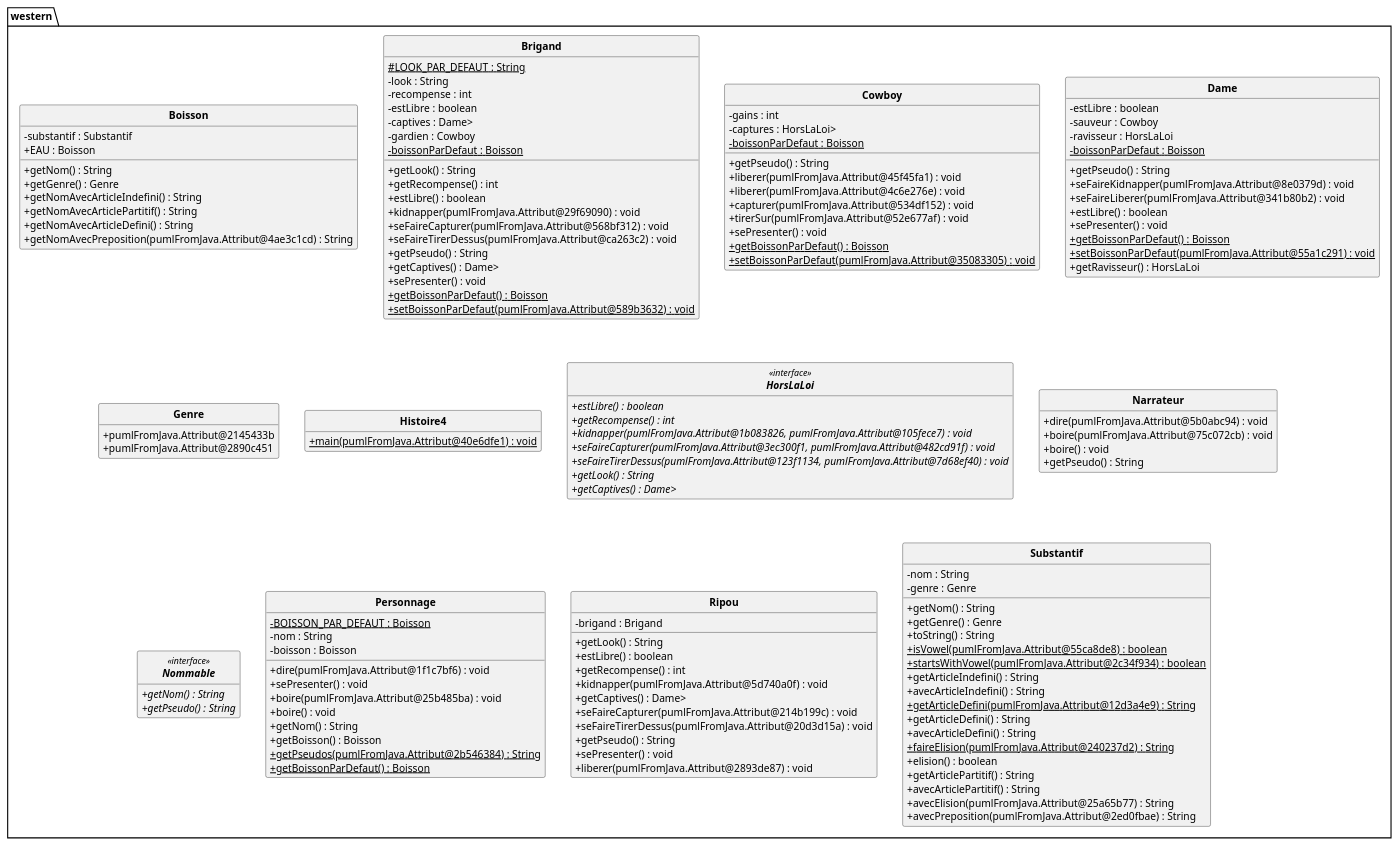
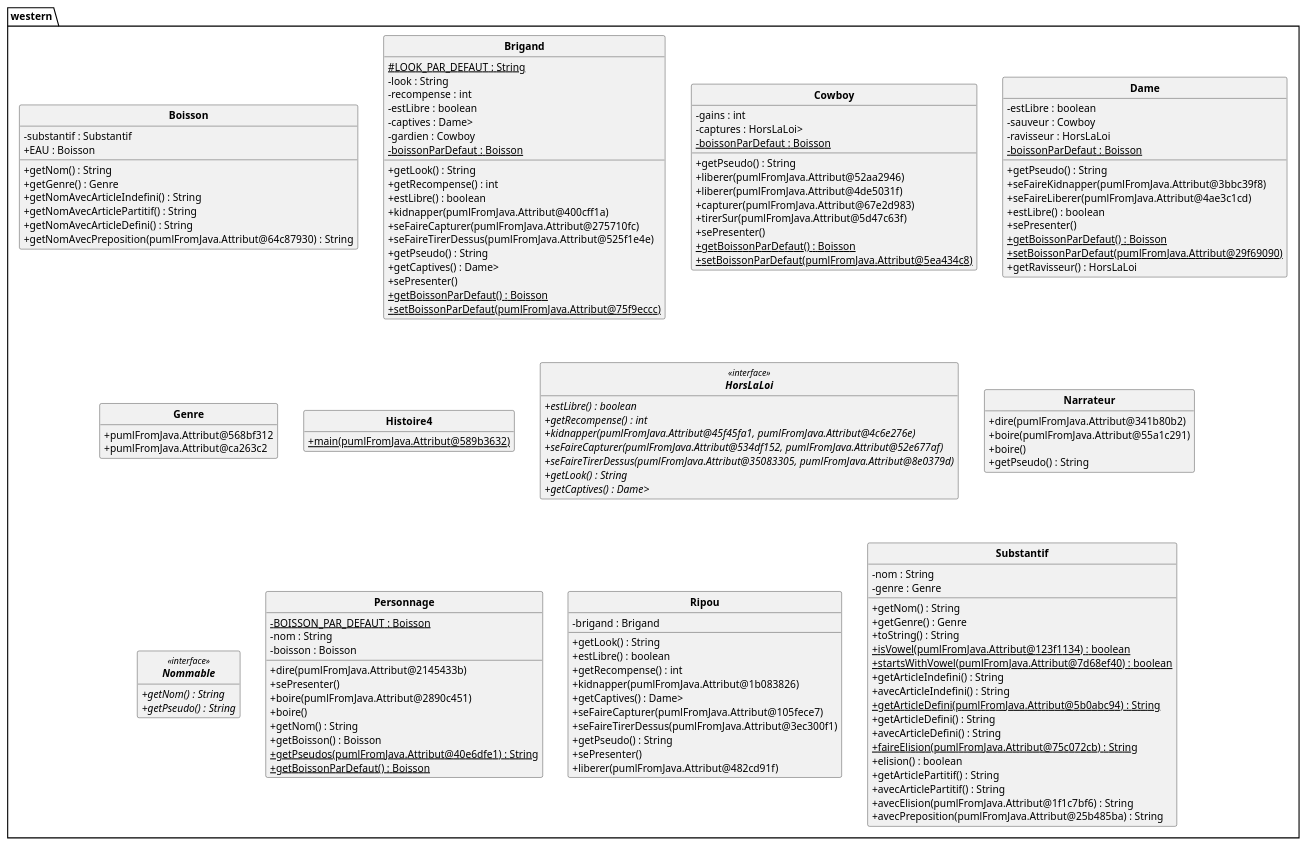
One commit to DimToups/Java-to-PUML-converter changed the diagram in out/production/p21_projet/pumlFromJava/westernClass.puml. Above: the diagram before and after it, drawn with PlantUML. The commit also changed 4 other files, not shown here.

```diff
--- a/out/production/p21_projet/pumlFromJava/westernClass.puml
+++ b/out/production/p21_projet/pumlFromJava/westernClass.puml
@@ -1,153 +1,153 @@
 @startuml
 'https://plantuml.com/class-diagram
 skinparam style strictuml
 skinparam classAttributeIconSize 0
 skinparam classFontStyle Bold
 
 hide empty members
 
 package western{
 class Boisson{
 - substantif : Substantif
 + EAU : Boisson
 + getNom() : String
 + getGenre() : Genre
 + getNomAvecArticleIndefini() : String
 + getNomAvecArticlePartitif() : String
 + getNomAvecArticleDefini() : String
-+ getNomAvecPreposition(pumlFromJava.Attribut@4ae3c1cd) : String
++ getNomAvecPreposition(pumlFromJava.Attribut@64c87930) : String
 }
 
 class Brigand{
 # LOOK_PAR_DEFAUT : String {static}
 - look : String
 - recompense : int
 - estLibre : boolean
 - captives : Dame>
 - gardien : Cowboy
 - boissonParDefaut : Boisson {static}
 + getLook() : String
 + getRecompense() : int
 + estLibre() : boolean
-+ kidnapper(pumlFromJava.Attribut@29f69090) : void
-+ seFaireCapturer(pumlFromJava.Attribut@568bf312) : void
-+ seFaireTirerDessus(pumlFromJava.Attribut@ca263c2) : void
++ kidnapper(pumlFromJava.Attribut@400cff1a)
++ seFaireCapturer(pumlFromJava.Attribut@275710fc)
++ seFaireTirerDessus(pumlFromJava.Attribut@525f1e4e)
 + getPseudo() : String
 + getCaptives() : Dame>
-+ sePresenter() : void
++ sePresenter()
 + getBoissonParDefaut() {static} : Boisson
-+ setBoissonParDefaut(pumlFromJava.Attribut@589b3632) {static} : void
++ setBoissonParDefaut(pumlFromJava.Attribut@75f9eccc) {static}
 }
 
 class Cowboy{
 - gains : int
 - captures : HorsLaLoi>
 - boissonParDefaut : Boisson {static}
 + getPseudo() : String
-+ liberer(pumlFromJava.Attribut@45f45fa1) : void
-+ liberer(pumlFromJava.Attribut@4c6e276e) : void
-+ capturer(pumlFromJava.Attribut@534df152) : void
-+ tirerSur(pumlFromJava.Attribut@52e677af) : void
-+ sePresenter() : void
++ liberer(pumlFromJava.Attribut@52aa2946)
++ liberer(pumlFromJava.Attribut@4de5031f)
++ capturer(pumlFromJava.Attribut@67e2d983)
++ tirerSur(pumlFromJava.Attribut@5d47c63f)
++ sePresenter()
 + getBoissonParDefaut() {static} : Boisson
-+ setBoissonParDefaut(pumlFromJava.Attribut@35083305) {static} : void
++ setBoissonParDefaut(pumlFromJava.Attribut@5ea434c8) {static}
 }
 
 class Dame{
 - estLibre : boolean
 - sauveur : Cowboy
 - ravisseur : HorsLaLoi
 - boissonParDefaut : Boisson {static}
 + getPseudo() : String
-+ seFaireKidnapper(pumlFromJava.Attribut@8e0379d) : void
-+ seFaireLiberer(pumlFromJava.Attribut@341b80b2) : void
++ seFaireKidnapper(pumlFromJava.Attribut@3bbc39f8)
++ seFaireLiberer(pumlFromJava.Attribut@4ae3c1cd)
 + estLibre() : boolean
-+ sePresenter() : void
++ sePresenter()
 + getBoissonParDefaut() {static} : Boisson
-+ setBoissonParDefaut(pumlFromJava.Attribut@55a1c291) {static} : void
++ setBoissonParDefaut(pumlFromJava.Attribut@29f69090) {static}
 + getRavisseur() : HorsLaLoi
 }
 
 class Genre{
-+ pumlFromJava.Attribut@2145433b
-+ pumlFromJava.Attribut@2890c451
++ pumlFromJava.Attribut@568bf312
++ pumlFromJava.Attribut@ca263c2
 }
 
 class Histoire4{
-+ main(pumlFromJava.Attribut@40e6dfe1) {static} : void
++ main(pumlFromJava.Attribut@589b3632) {static}
 }
 
 interface HorsLaLoi<<interface>>{
 + estLibre() {abstract} : boolean
 + getRecompense() {abstract} : int
-+ kidnapper(pumlFromJava.Attribut@1b083826, pumlFromJava.Attribut@105fece7) {abstract} : void
-+ seFaireCapturer(pumlFromJava.Attribut@3ec300f1, pumlFromJava.Attribut@482cd91f) {abstract} : void
-+ seFaireTirerDessus(pumlFromJava.Attribut@123f1134, pumlFromJava.Attribut@7d68ef40) {abstract} : void
++ kidnapper(pumlFromJava.Attribut@45f45fa1, pumlFromJava.Attribut@4c6e276e) {abstract}
++ seFaireCapturer(pumlFromJava.Attribut@534df152, pumlFromJava.Attribut@52e677af) {abstract}
++ seFaireTirerDessus(pumlFromJava.Attribut@35083305, pumlFromJava.Attribut@8e0379d) {abstract}
 + getLook() {abstract} : String
 + getCaptives() {abstract} : Dame>
 }
 
 class Narrateur{
-+ dire(pumlFromJava.Attribut@5b0abc94) : void
-+ boire(pumlFromJava.Attribut@75c072cb) : void
-+ boire() : void
++ dire(pumlFromJava.Attribut@341b80b2)
++ boire(pumlFromJava.Attribut@55a1c291)
++ boire()
 + getPseudo() : String
 }
 
 interface Nommable<<interface>>{
 + getNom() {abstract} : String
 + getPseudo() {abstract} : String
 }
 
 class Personnage{
 - BOISSON_PAR_DEFAUT : Boisson {static}
 - nom : String
 - boisson : Boisson
-+ dire(pumlFromJava.Attribut@1f1c7bf6) : void
-+ sePresenter() : void
-+ boire(pumlFromJava.Attribut@25b485ba) : void
-+ boire() : void
++ dire(pumlFromJava.Attribut@2145433b)
++ sePresenter()
++ boire(pumlFromJava.Attribut@2890c451)
++ boire()
 + getNom() : String
 + getBoisson() : Boisson
-+ getPseudos(pumlFromJava.Attribut@2b546384) {static} : String
++ getPseudos(pumlFromJava.Attribut@40e6dfe1) {static} : String
 + getBoissonParDefaut() {static} : Boisson
 }
 
 class Ripou{
 - brigand : Brigand
 + getLook() : String
 + estLibre() : boolean
 + getRecompense() : int
-+ kidnapper(pumlFromJava.Attribut@5d740a0f) : void
++ kidnapper(pumlFromJava.Attribut@1b083826)
 + getCaptives() : Dame>
-+ seFaireCapturer(pumlFromJava.Attribut@214b199c) : void
-+ seFaireTirerDessus(pumlFromJava.Attribut@20d3d15a) : void
++ seFaireCapturer(pumlFromJava.Attribut@105fece7)
++ seFaireTirerDessus(pumlFromJava.Attribut@3ec300f1)
 + getPseudo() : String
-+ sePresenter() : void
-+ liberer(pumlFromJava.Attribut@2893de87) : void
++ sePresenter()
++ liberer(pumlFromJava.Attribut@482cd91f)
 }
 
 class Substantif{
 - nom : String
 - genre : Genre
 + getNom() : String
 + getGenre() : Genre
 + toString() : String
-+ isVowel(pumlFromJava.Attribut@55ca8de8) {static} : boolean
-+ startsWithVowel(pumlFromJava.Attribut@2c34f934) {static} : boolean
++ isVowel(pumlFromJava.Attribut@123f1134) {static} : boolean
++ startsWithVowel(pumlFromJava.Attribut@7d68ef40) {static} : boolean
 + getArticleIndefini() : String
 + avecArticleIndefini() : String
-+ getArticleDefini(pumlFromJava.Attribut@12d3a4e9) {static} : String
++ getArticleDefini(pumlFromJava.Attribut@5b0abc94) {static} : String
 + getArticleDefini() : String
 + avecArticleDefini() : String
-+ faireElision(pumlFromJava.Attribut@240237d2) {static} : String
++ faireElision(pumlFromJava.Attribut@75c072cb) {static} : String
 + elision() : boolean
 + getArticlePartitif() : String
 + avecArticlePartitif() : String
-+ avecElision(pumlFromJava.Attribut@25a65b77) : String
-+ avecPreposition(pumlFromJava.Attribut@2ed0fbae) : String
++ avecElision(pumlFromJava.Attribut@1f1c7bf6) : String
++ avecPreposition(pumlFromJava.Attribut@25b485ba) : String
 }
 
 
 }
 @enduml
```
